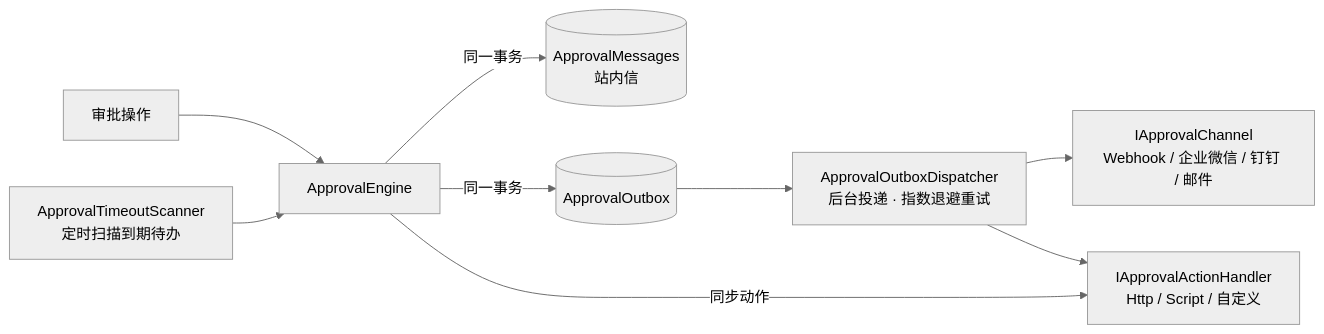
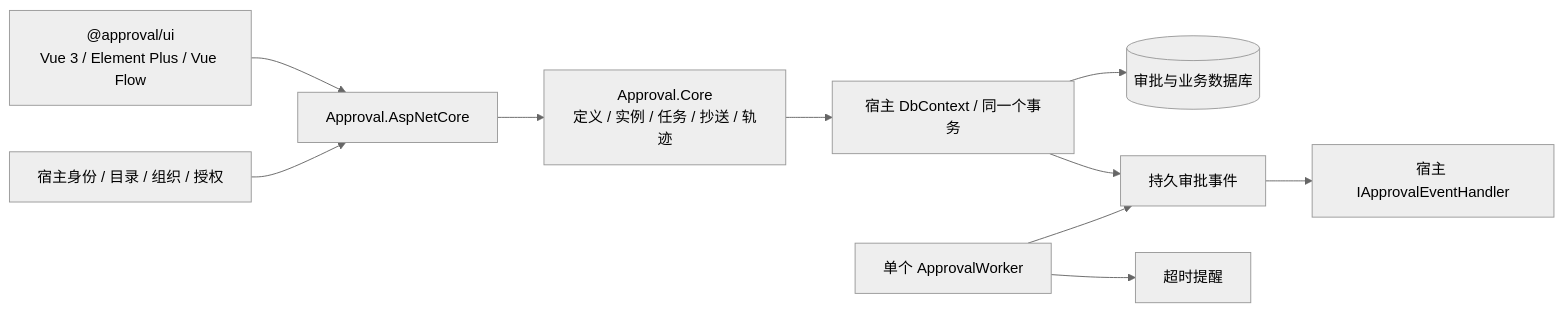
Before and after one commit to ttcc666/WorkflowDemo: the diagram in README.md, drawn with Mermaid (neutral theme). The commit also changed other lines of this file and 373 other files, not shown here.

````diff
--- a/README.md
+++ b/README.md
@@ -270,11 +7,14 @@
 ```mermaid
 flowchart LR
-    Op[审批操作] --> Engine[ApprovalEngine]
-    Engine -- 同一事务 --> Msg[(ApprovalMessages<br/>站内信)]
-    Engine -- 同一事务 --> Outbox[(ApprovalOutbox)]
-    Engine -- 同步动作 --> Act[IApprovalActionHandler<br/>Http / Script / 自定义]
-    Outbox --> Dispatcher[ApprovalOutboxDispatcher<br/>后台投递 · 指数退避重试]
-    Dispatcher --> Ch[IApprovalChannel<br/>Webhook / 企业微信 / 钉钉 / 邮件]
-    Dispatcher --> Act
-    Scanner[ApprovalTimeoutScanner<br/>定时扫描到期待办] --> Engine
+  UI["@approval/ui
+Vue 3 / Element Plus / Vue Flow"] --> HTTP[Approval.AspNetCore]
+  Host["宿主身份 / 目录 / 组织 / 授权"] --> HTTP
+  HTTP --> Engine["Approval.Core
+定义 / 实例 / 任务 / 抄送 / 轨迹"]
+  Engine --> Tx["宿主 DbContext / 同一个事务"]
+  Tx --> DB[(审批与业务数据库)]
+  Tx --> Outbox[持久审批事件]
+  Worker[单个 ApprovalWorker] --> Outbox
+  Worker --> Timeout[超时提醒]
+  Outbox --> Handler[宿主 IApprovalEventHandler]
 ```
````
